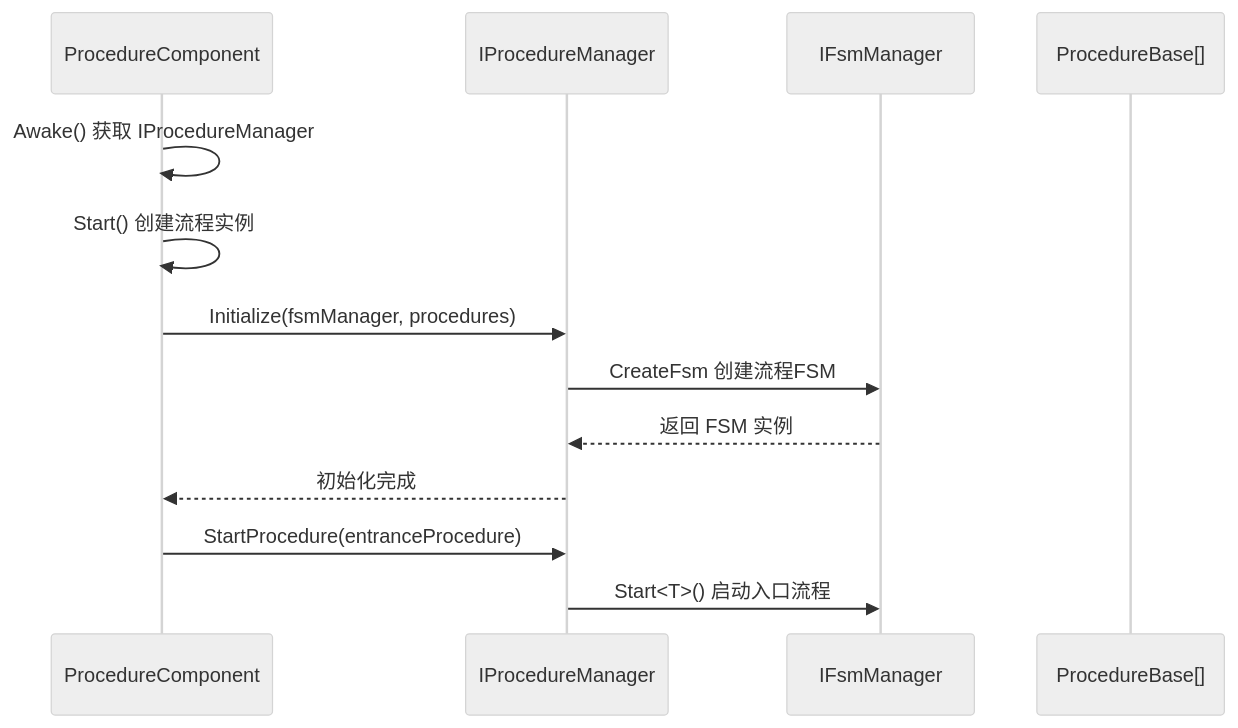
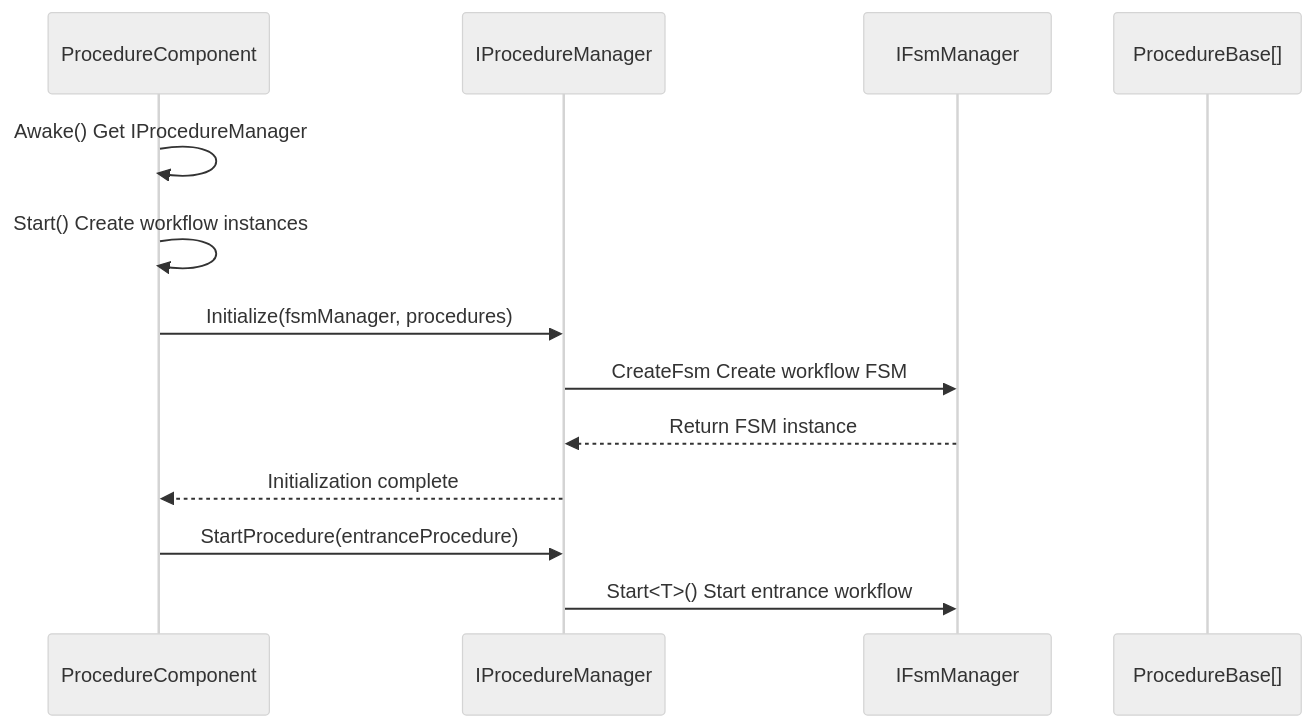
The second of 3 diagrams in docs/en/client/unity/component/procedure/05.iprocedure-manager.md (AlianBlank/GameFrameX.Docs), drawn with Mermaid (neutral theme) before and after one commit. The commit also changed other lines of this file and 242 other files, not shown here.

````diff
--- a/docs/en/client/unity/component/procedure/05.iprocedure-manager.md
+++ b/docs/en/client/unity/component/procedure/05.iprocedure-manager.md
@@ -69,16 +69,16 @@
 ```mermaid
 sequenceDiagram
     participant PC as ProcedureComponent
     participant IPM as IProcedureManager
     participant FSM as IFsmManager
     participant Proc as ProcedureBase[]
 
-    PC->>PC: Awake() 获取 IProcedureManager
-    PC->>PC: Start() 创建流程实例
+    PC->>PC: Awake() Get IProcedureManager
+    PC->>PC: Start() Create workflow instances
     PC->>IPM: Initialize(fsmManager, procedures)
-    IPM->>FSM: CreateFsm 创建流程FSM
-    FSM-->>IPM: 返回 FSM 实例
-    IPM-->>PC: 初始化完成
+    IPM->>FSM: CreateFsm Create workflow FSM
+    FSM-->>IPM: Return FSM instance
+    IPM-->>PC: Initialization complete
     PC->>IPM: StartProcedure(entranceProcedure)
-    IPM->>FSM: Start<T>() 启动入口流程
+    IPM->>FSM: Start<T>() Start entrance workflow
 ```
````
